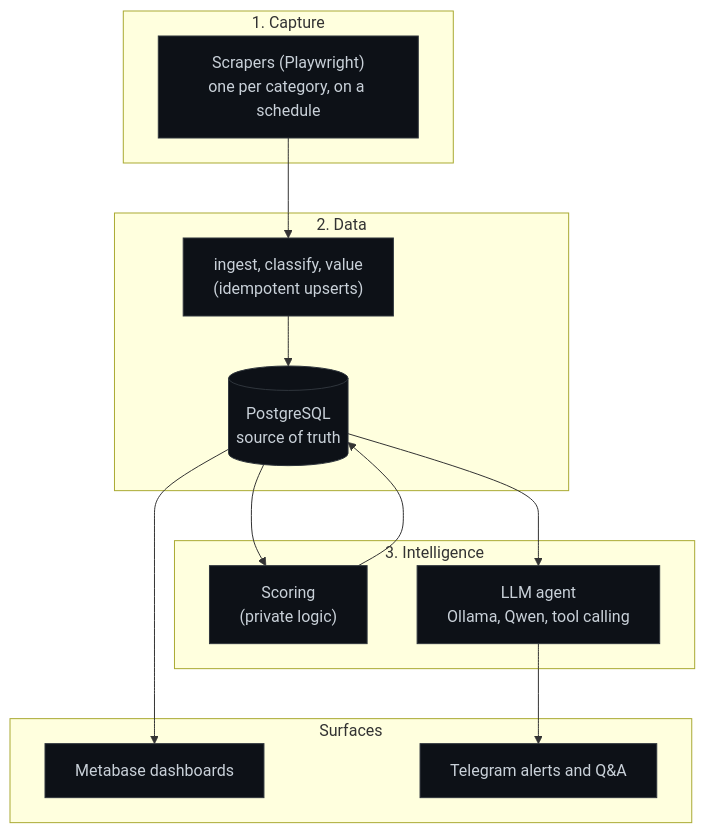
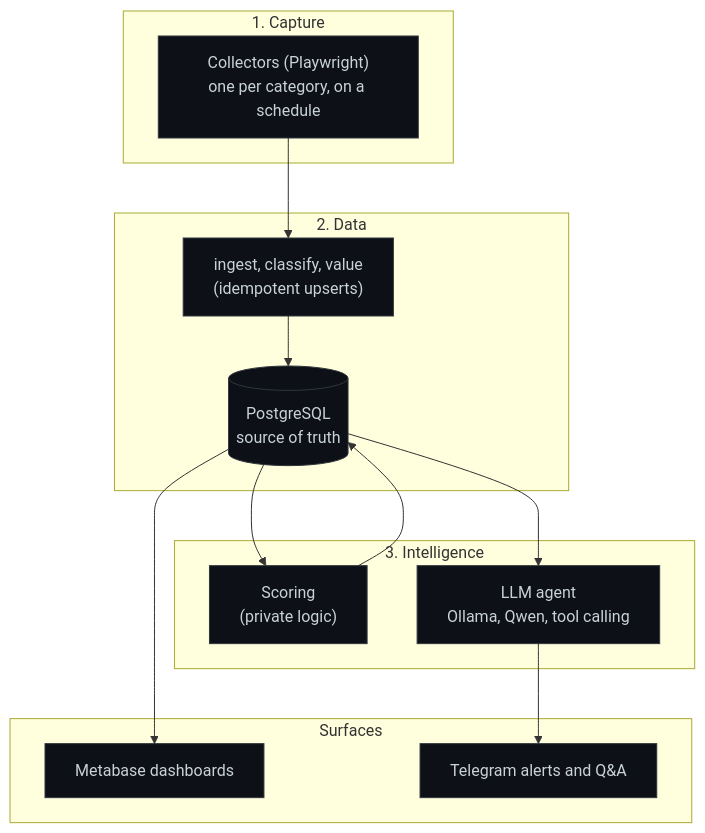
The first of 2 diagrams in docs/architecture.md (miguelmoga2002-alt/market-intelligence-agent), drawn with Mermaid before and after one commit. The commit also changed other lines of this file and 3 other files, not shown here.

First line of the commit message:
Rename the capture layer: collectors and market data capture instead of scrapers

````diff
--- a/docs/architecture.md
+++ b/docs/architecture.md
@@ -5,26 +5,26 @@
 ```mermaid
 flowchart TD
     subgraph capture["1. Capture"]
-        S["Scrapers (Playwright)<br/>one per category, on a schedule"]
+        S["Collectors (Playwright)<br/>one per category, on a schedule"]
     end
     subgraph data["2. Data"]
         DB[("PostgreSQL<br/>source of truth")]
         P["ingest, classify, value<br/>(idempotent upserts)"]
         S --> P --> DB
     end
     subgraph intel["3. Intelligence"]
         SC["Scoring<br/>(private logic)"]
         AG["LLM agent<br/>Ollama, Qwen, tool calling"]
         DB --> SC --> DB
         DB --> AG
     end
     subgraph out["Surfaces"]
         M["Metabase dashboards"]
         T["Telegram alerts and Q&A"]
     end
     AG --> T
     DB --> M
 
     classDef box fill:#0d1117,stroke:#30363d,color:#c9d1d9;
     class S,DB,P,SC,AG,M,T box;
 ```
````
